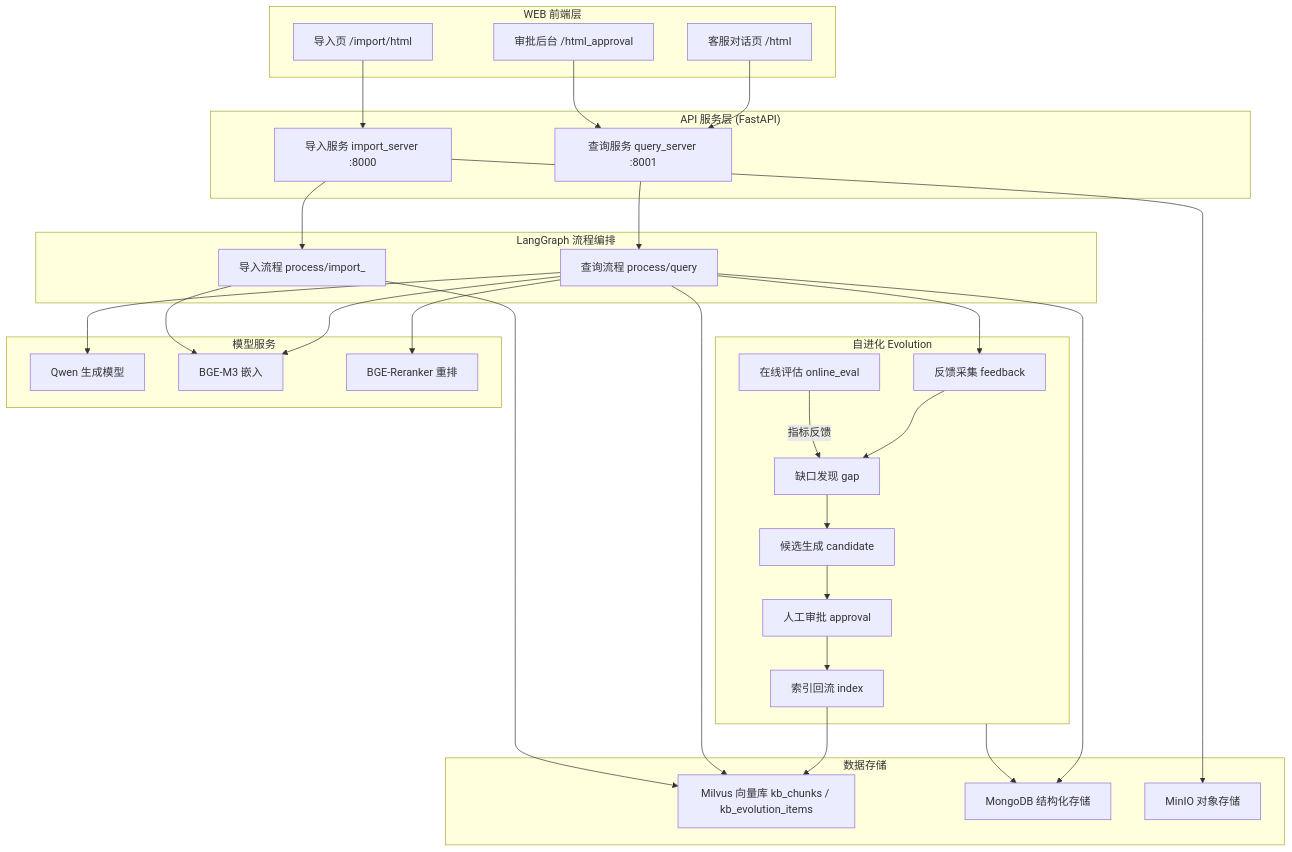
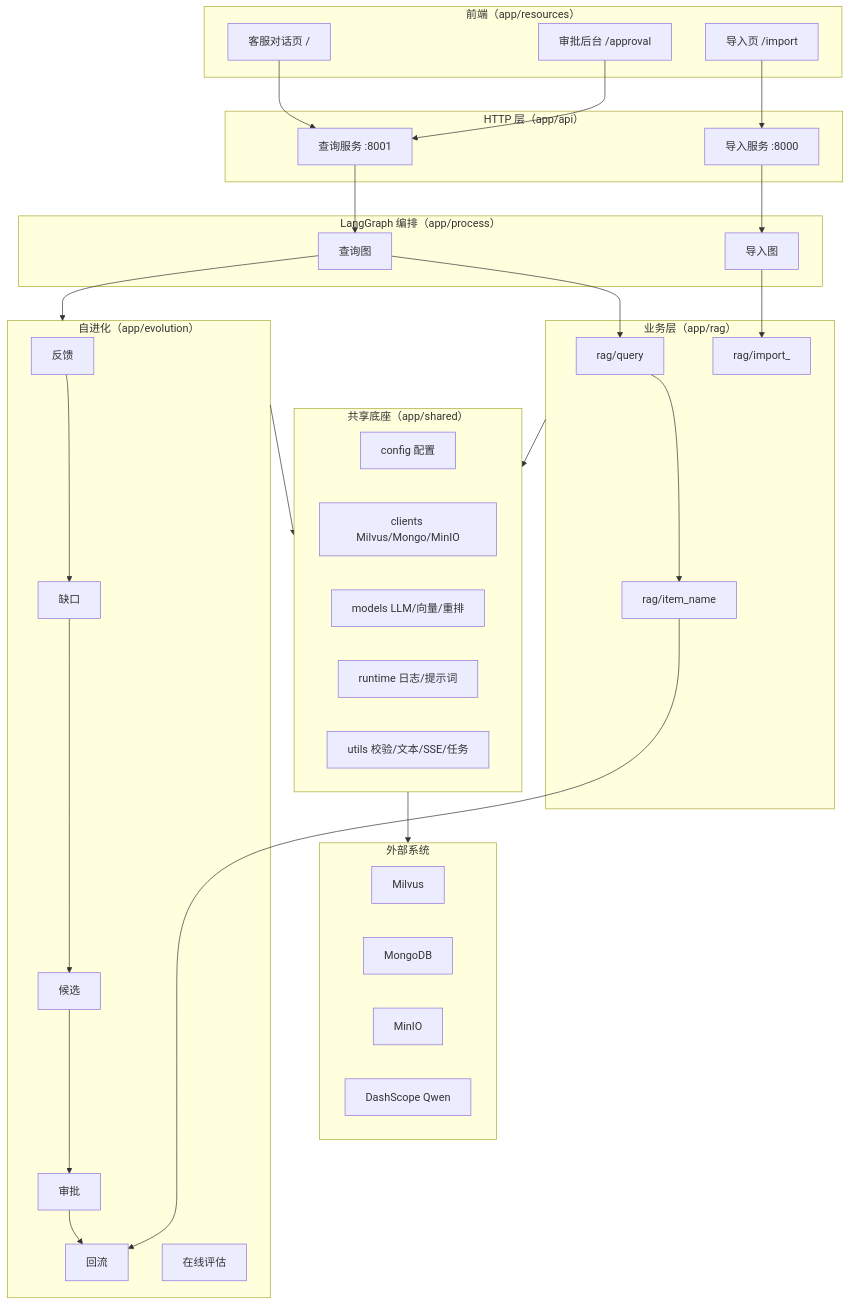
The diagram in README.md (LZX842056112/se_rag), drawn with Mermaid before and after one commit. The commit also changed other lines of this file and 157 other files, not shown here.

````diff
--- a/README.md
+++ b/README.md
@@ -54,63 +51,51 @@
 ```mermaid
 flowchart TB
-    subgraph Frontend["WEB 前端层"]
-        UI1["客服对话页 /html"]
-        UI2["审批后台 /html_approval"]
-        UI3["导入页 /import/html"]
+    subgraph FE["前端（app/resources）"]
+        UI1["客服对话页 /"]
+        UI2["审批后台 /approval"]
+        UI3["导入页 /import"]
     end
-
-    subgraph Api["API 服务层 (FastAPI)"]
-        QS["查询服务 query_server :8001"]
-        IS["导入服务 import_server :8000"]
+    subgraph API["HTTP 层（app/api）"]
+        QS["查询服务 :8001"]
+        IS["导入服务 :8000"]
     end
-
-    subgraph Flow["LangGraph 流程编排"]
-        QG["查询流程 process/query"]
-        IG["导入流程 process/import_"]
+    subgraph FLOW["LangGraph 编排（app/process）"]
+        QG["查询图"]
+        IG["导入图"]
     end
-
-    subgraph Evolution["自进化 Evolution"]
-        FB["反馈采集 feedback"]
-        GAP["缺口发现 gap"]
-        CAND["候选生成 candidate"]
-        APV["人工审批 approval"]
-        IDX["索引回流 index"]
-        EVAL["在线评估 online_eval"]
+    subgraph RAG["业务层（app/rag）"]
+        RQ["rag/query"]
+        RI["rag/import_"]
+        IN["rag/item_name"]
     end
-
-    subgraph Storage["数据存储"]
-        MV["Milvus 向量库 kb_chunks / kb_evolution_items"]
-        MG["MongoDB 结构化存储"]
-        MO["MinIO 对象存储"]
+    subgraph EVO["自进化（app/evolution）"]
+        FB["反馈"] --> GAP["缺口"] --> CAND["候选"] --> APV["审批"] --> IDX["回流"]
+        EVAL["在线评估"]
     end
-
-    subgraph Models["模型服务"]
-        LLM["Qwen 生成模型"]
-        EMB["BGE-M3 嵌入"]
-        RER["BGE-Reranker 重排"]
+    subgraph SH["共享底座（app/shared）"]
+        CFG["config 配置"]
+        CLI["clients Milvus/Mongo/MinIO"]
+        MOD["models LLM/向量/重排"]
+        RUN["runtime 日志/提示词"]
+        UTL["utils 校验/文本/SSE/任务"]
     end
-
+    subgraph STORE["外部系统"]
+        MV["Milvus"]
+        MG["MongoDB"]
+        MO["MinIO"]
+        LLM["DashScope Qwen"]
+    end
     UI1 --> QS
     UI2 --> QS
     UI3 --> IS
     QS --> QG
     IS --> IG
-
-    QG --> FB
-    FB --> GAP
-    GAP --> CAND
-    CAND --> APV
-    APV --> IDX
-    IDX --> MV
-    EVAL -->|指标反馈| GAP
-
-    QG --> MV
-    IG --> MV
-    QG --> MG
-    Evolution --> MG
-    QG --> LLM
-    QG --> EMB
-    QG --> RER
-    IG --> EMB
-    IS --> MO
+    QG --> RQ
+    IG --> RI
+    RQ --> IN
+    IN --> IDX
+    QG --> EVO
+    RAG --> SH
+    EVO --> SH
+    SH --> STORE
 ```
````
